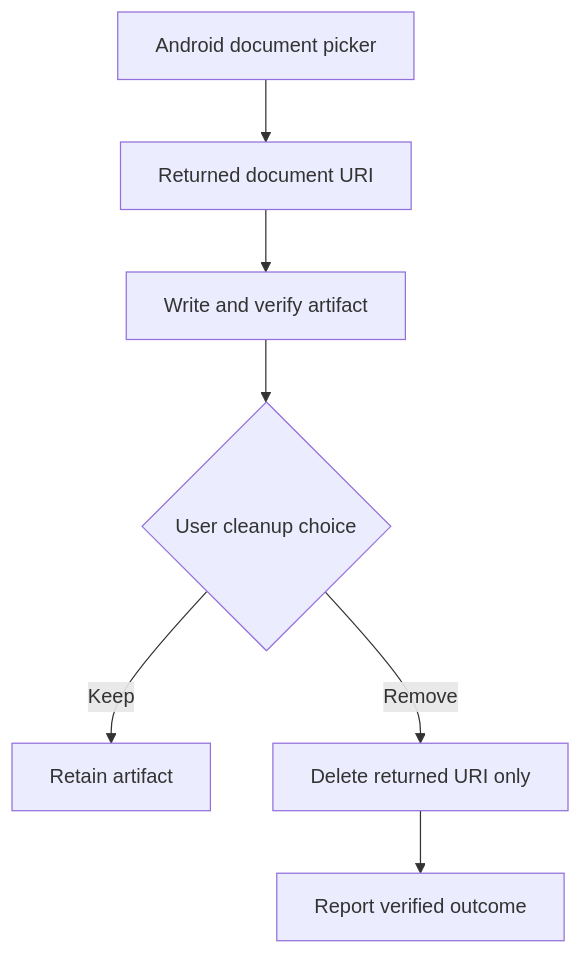
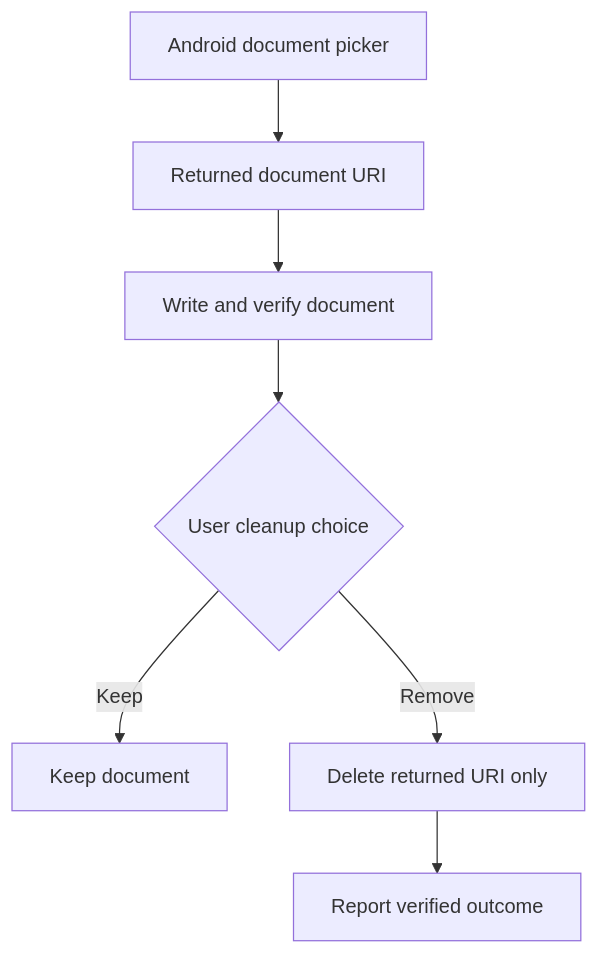
One commit to FancyCorey/komikku-KMK changed the fourth of 4 diagrams in docs/kmk/diagrams/security-and-integration.md. Above: the diagram before and after it, drawn with Mermaid. The commit also changed other lines of this file and 23 other files, not shown here.

````diff
--- a/docs/kmk/diagrams/security-and-integration.md
+++ b/docs/kmk/diagrams/security-and-integration.md
@@ -49,9 +49,9 @@
 ```mermaid
 flowchart TD
     Picker["Android document picker"] --> URI["Returned document URI"]
-    URI --> Write["Write and verify artifact"]
+    URI --> Write["Write and verify document"]
     Write --> Keep{"User cleanup choice"}
-    Keep -->|Keep| End["Retain artifact"]
+    Keep -->|Keep| End["Keep document"]
     Keep -->|Remove| Exact["Delete returned URI only"]
     Exact --> Result["Report verified outcome"]
 ```
````
